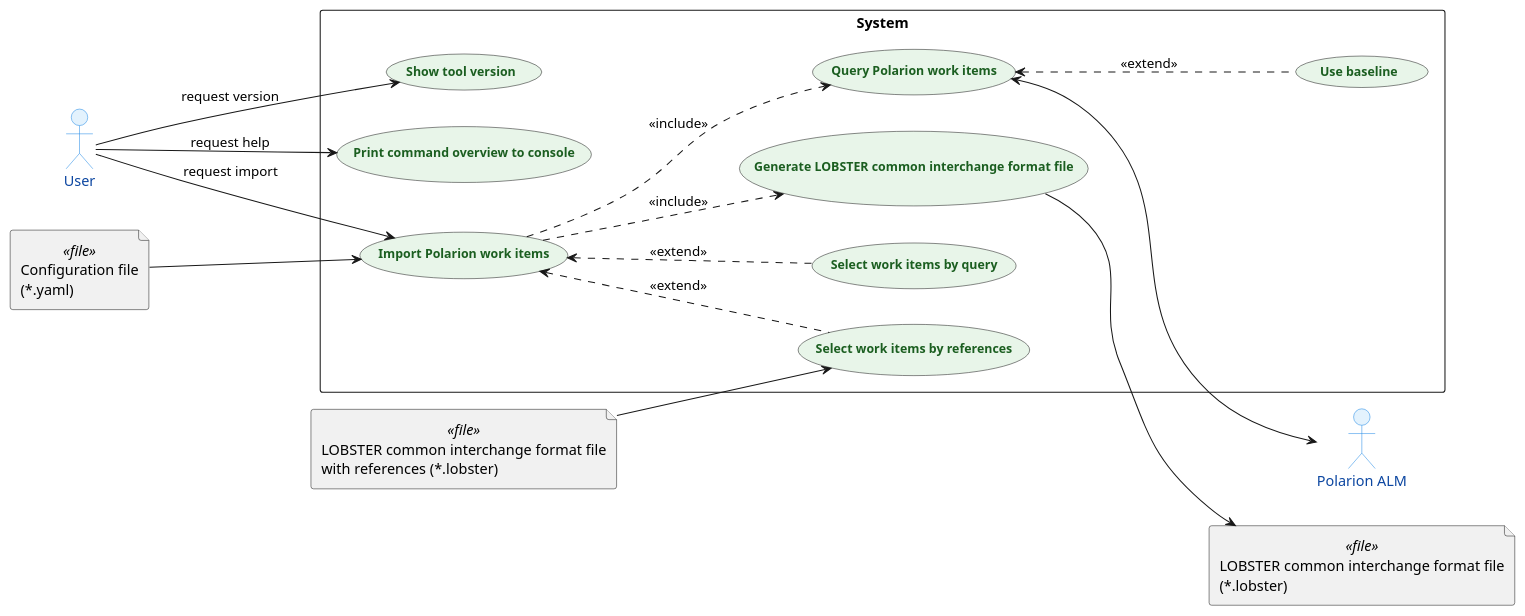
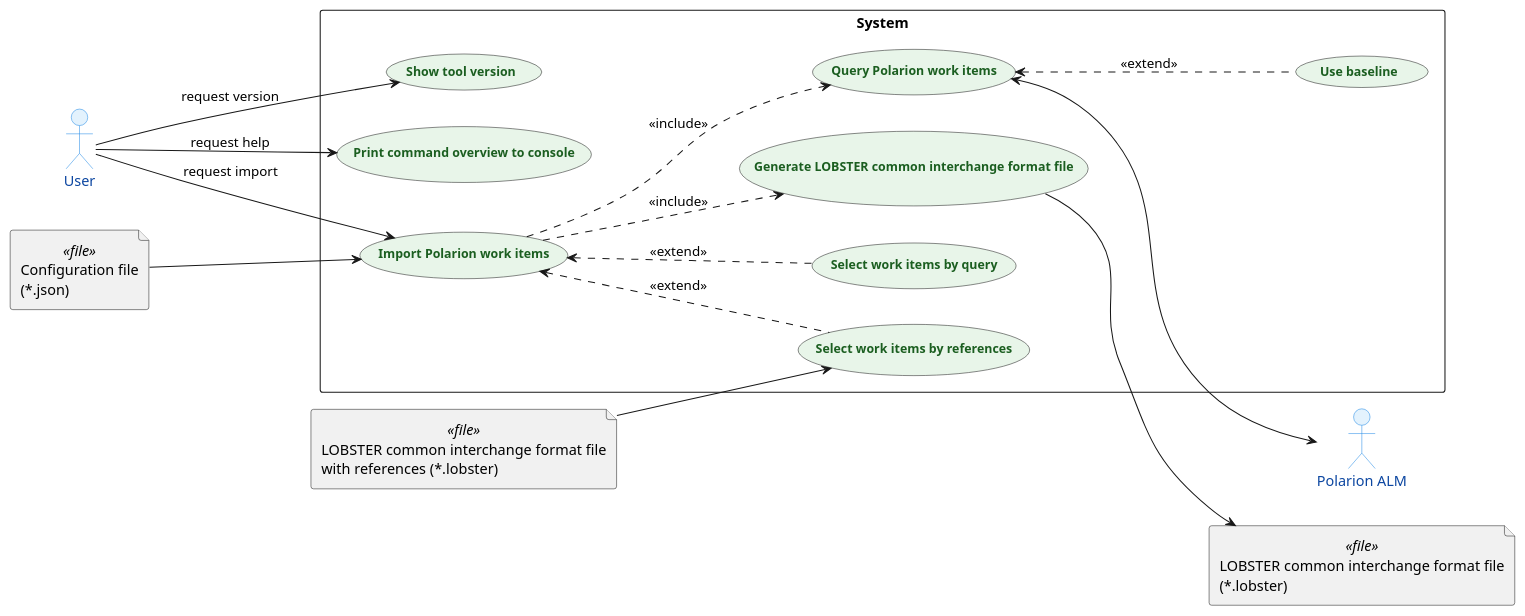
The diagram in doc/architecture/use_case.puml (NewTec-GmbH/lobster-polarion), drawn with PlantUML before and after one commit. The commit also changed 5 other files, not shown here.

Commit message:
docs: use JSON instead of YAML for the configuration file

```diff
--- a/doc/architecture/use_case.puml
+++ b/doc/architecture/use_case.puml
@@ -1,60 +1,60 @@
 @startuml use_case
 
 ' Setting ''''''''''''''''''''''''''''''''''''''''''''''''''''''''''''''''''''''''''''''''''''''''''
 
 left to right direction
 
 <style>
 actor {
   BackgroundColor #E3F2FD
   LineColor #1E88E5
   FontColor #0D47A1
   FontWeight bold
 }
 
 usecase {
   BackgroundColor #E8F5E9
   BorderColor #388E3C
   FontColor #1B5E20
   RoundCorner 20
   FontSize 12
   FontStyle bold
 }
 </style>
 
 ' Components '''''''''''''''''''''''''''''''''''''''''''''''''''''''''''''''''''''''''''''''''''''''
 
 actor "User" as user
-file "Configuration file\n(*.yaml)" as configuration <<file>>
+file "Configuration file\n(*.json)" as configuration <<file>>
 file "LOBSTER common interchange format file\nwith references (*.lobster)" as lobster_input <<file>>
 
 rectangle "System" {
     usecase "Show tool version" as uc_version
     usecase "Print command overview to console" as uc_help
     usecase "Import Polarion work items" as uc_import
     usecase "Select work items by query" as uc_select_query
     usecase "Select work items by references" as uc_select_tagged
     usecase "Use baseline" as uc_baseline
     usecase "Query Polarion work items" as uc_query
     usecase "Generate LOBSTER common interchange format file" as uc_output
 }
 
 actor "Polarion ALM" as polarion
 file "LOBSTER common interchange format file\n(*.lobster)" as lobster_output <<file>>
 
 ' Flows ''''''''''''''''''''''''''''''''''''''''''''''''''''''''''''''''''''''''''''''''''''''''''''
 
 user --> uc_help : request help
 user --> uc_version : request version
 user --> uc_import : request import
 configuration --> uc_import
 lobster_input --> uc_select_tagged
 uc_import ..> uc_query : <<include>>
 uc_import ..> uc_output : <<include>>
 uc_import <.. uc_select_query : <<extend>>
 uc_import <.. uc_select_tagged : <<extend>>
 uc_query <.. uc_baseline : <<extend>>
 uc_query <--> polarion
 uc_output --> lobster_output
 
 @enduml
```
